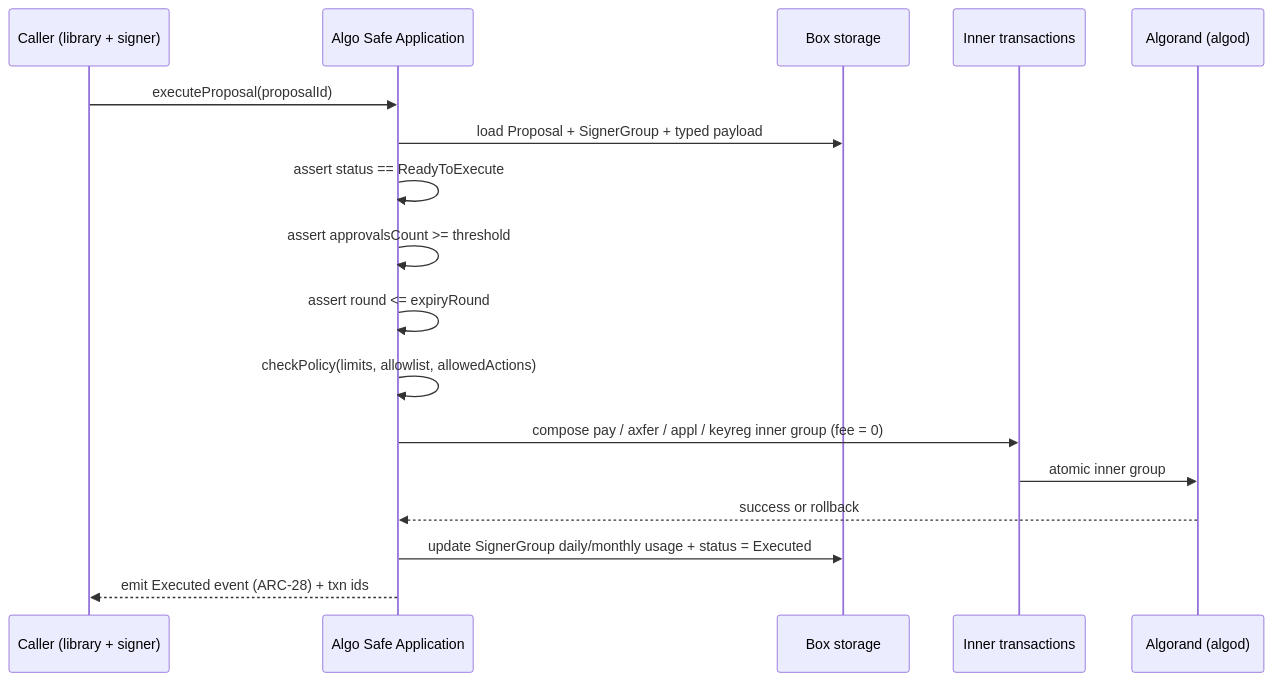
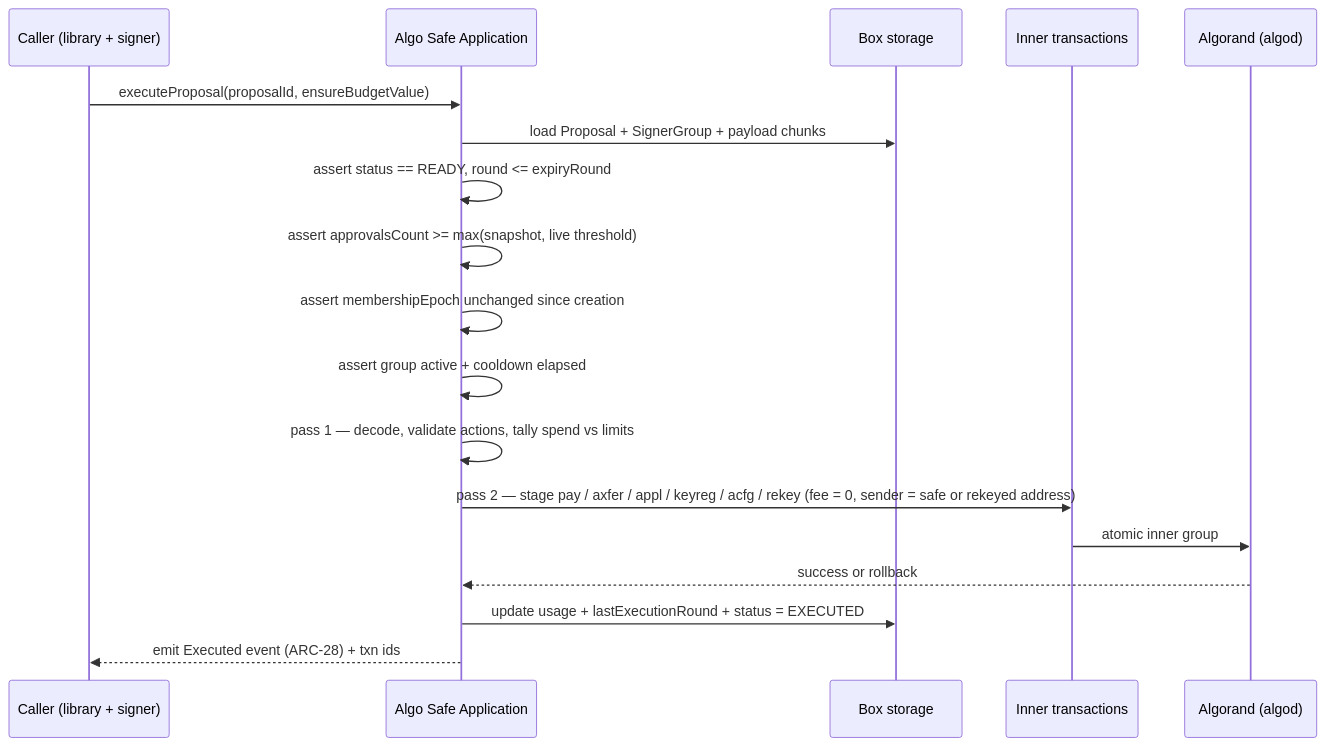
Before and after one commit to ludovit-scholtz/algo-safe: the eighth of 8 diagrams in PRODUCT-DESCRIPTION.md, drawn with Mermaid. The commit also changed other lines of this file and 26 other files, not shown here.

````diff
--- a/PRODUCT-DESCRIPTION.md
+++ b/PRODUCT-DESCRIPTION.md
@@ -602,20 +662,21 @@
 ```mermaid
 sequenceDiagram
     participant Caller as Caller (library + signer)
     participant App as Algo Safe Application
     participant Store as Box storage
     participant Inner as Inner transactions
     participant Chain as Algorand (algod)
 
-    Caller->>App: executeProposal(proposalId)
-    App->>Store: load Proposal + SignerGroup + typed payload
-    App->>App: assert status == ReadyToExecute
-    App->>App: assert approvalsCount >= threshold
-    App->>App: assert round <= expiryRound
-    App->>App: checkPolicy(limits, allowlist, allowedActions)
-    App->>Inner: compose pay / axfer / appl / keyreg inner group (fee = 0)
+    Caller->>App: executeProposal(proposalId, ensureBudgetValue)
+    App->>Store: load Proposal + SignerGroup + payload chunks
+    App->>App: assert status == READY, round <= expiryRound
+    App->>App: assert approvalsCount >= max(snapshot, live threshold)
+    App->>App: assert membershipEpoch unchanged since creation
+    App->>App: assert group active + cooldown elapsed
+    App->>App: pass 1 — decode, validate actions, tally spend vs limits
+    App->>Inner: pass 2 — stage pay / axfer / appl / keyreg / acfg / rekey (fee = 0, sender = safe or rekeyed address)
     Inner->>Chain: atomic inner group
     Chain-->>App: success or rollback
-    App->>Store: update SignerGroup daily/monthly usage + status = Executed
+    App->>Store: update usage + lastExecutionRound + status = EXECUTED
     App-->>Caller: emit Executed event (ARC-28) + txn ids
 ```
````
